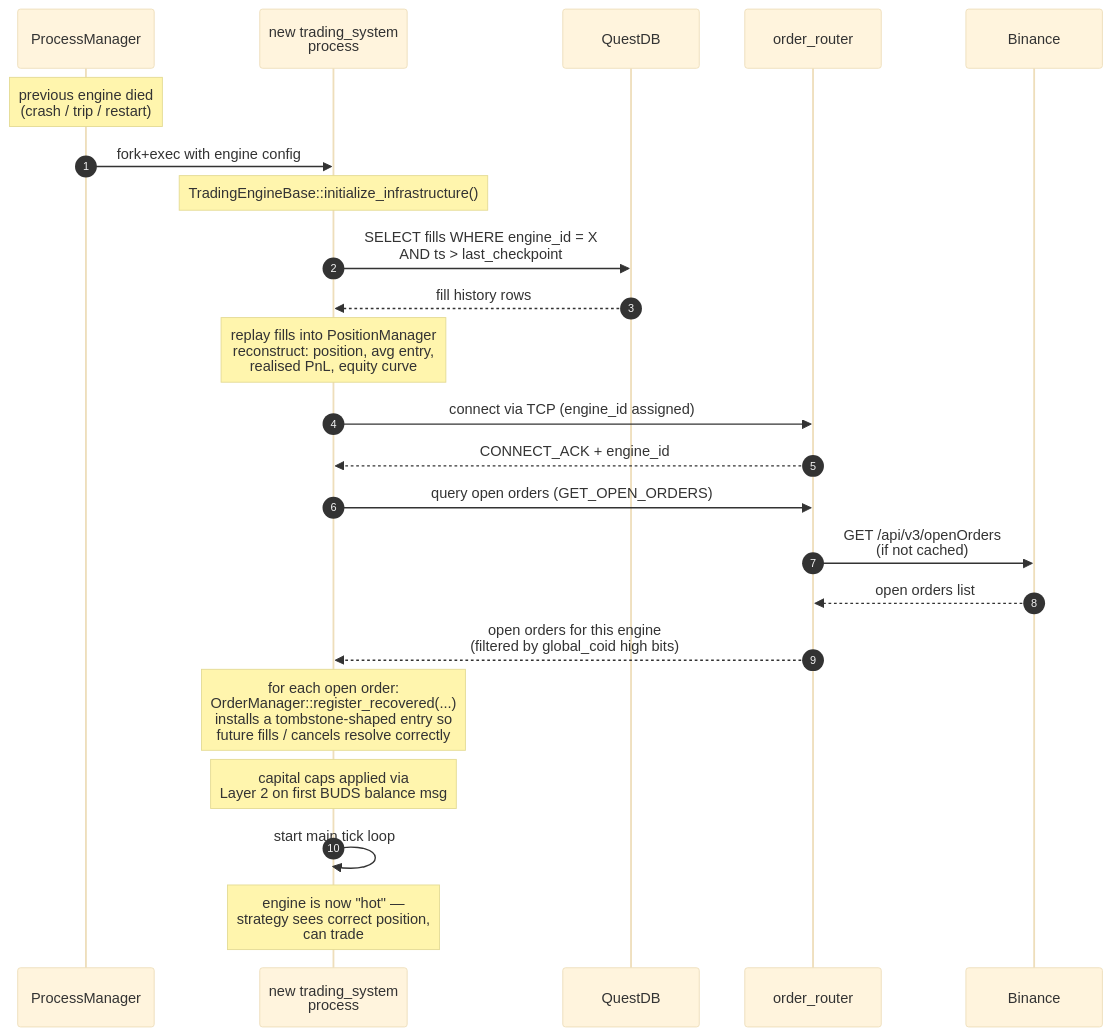
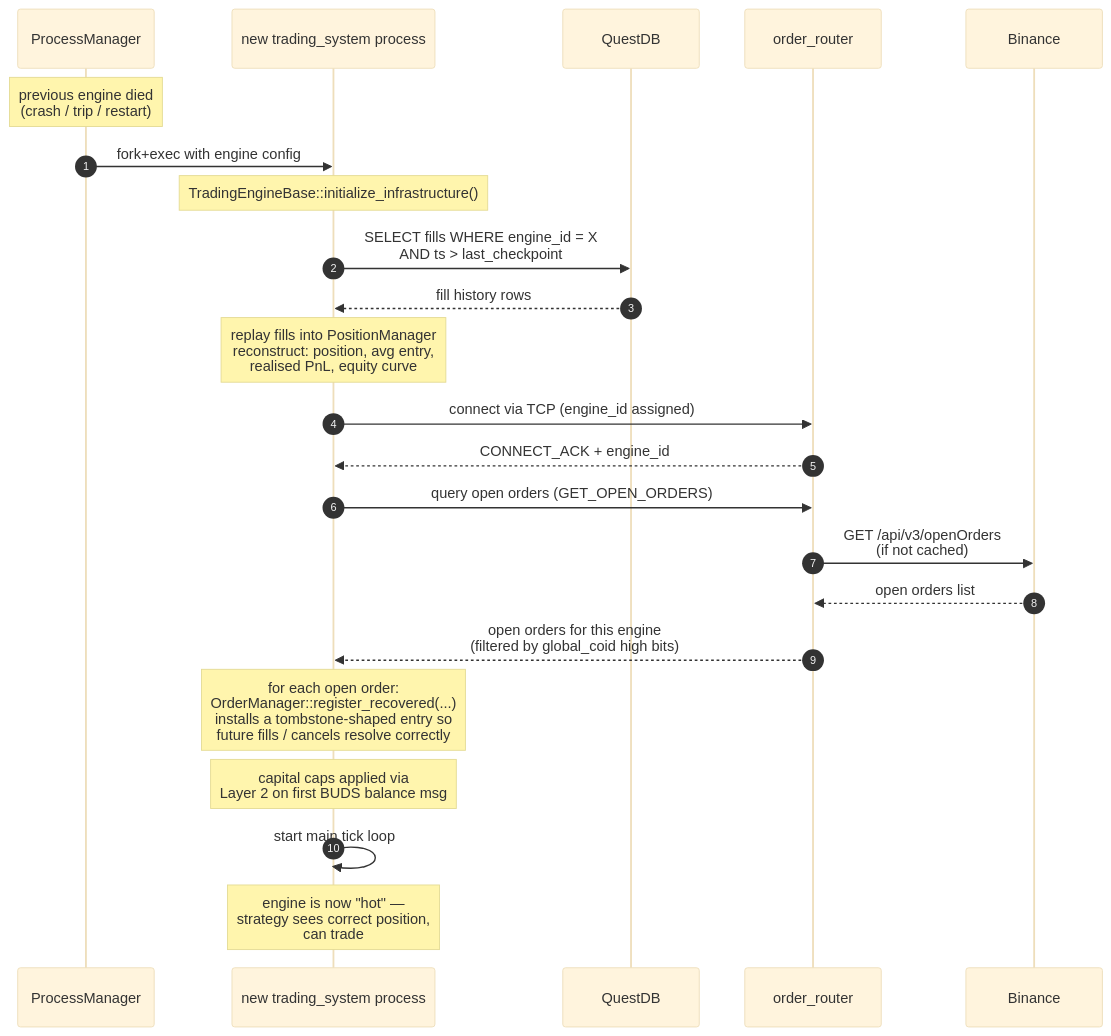
One commit to sardis-trading/trading-architecture changed the diagram in 03-flows/position-recovery.md. Above: the diagram before and after it, drawn with Mermaid (base theme). The commit also changed 3 other files, not shown here.

````diff
--- a/03-flows/position-recovery.md
+++ b/03-flows/position-recovery.md
@@ -9,31 +9,31 @@
 ```mermaid
 sequenceDiagram
     autonumber
     participant PM as ProcessManager
-    participant Eng as new trading_system<br/>process
+    participant Eng as new trading_system process
     participant QDB as QuestDB
     participant OR as order_router
     participant Bin as Binance
 
     Note over PM: previous engine died<br/>(crash / trip / restart)
     PM->>Eng: fork+exec with engine config
     Note over Eng: TradingEngineBase::initialize_infrastructure()
     Eng->>QDB: SELECT fills WHERE engine_id = X<br/>AND ts > last_checkpoint
     QDB-->>Eng: fill history rows
     Note over Eng: replay fills into PositionManager<br/>reconstruct: position, avg entry,<br/>realised PnL, equity curve
 
     Eng->>OR: connect via TCP (engine_id assigned)
     OR-->>Eng: CONNECT_ACK + engine_id
 
     Eng->>OR: query open orders (GET_OPEN_ORDERS)
     OR->>Bin: GET /api/v3/openOrders<br/>(if not cached)
     Bin-->>OR: open orders list
     OR-->>Eng: open orders for this engine<br/>(filtered by global_coid high bits)
 
     Note over Eng: for each open order:<br/>OrderManager::register_recovered(...)<br/>installs a tombstone-shaped entry so<br/>future fills / cancels resolve correctly
 
     Note over Eng: capital caps applied via<br/>Layer 2 on first BUDS balance msg
 
     Eng->>Eng: start main tick loop
     Note over Eng: engine is now "hot" —<br/>strategy sees correct position,<br/>can trade
 ```
````
